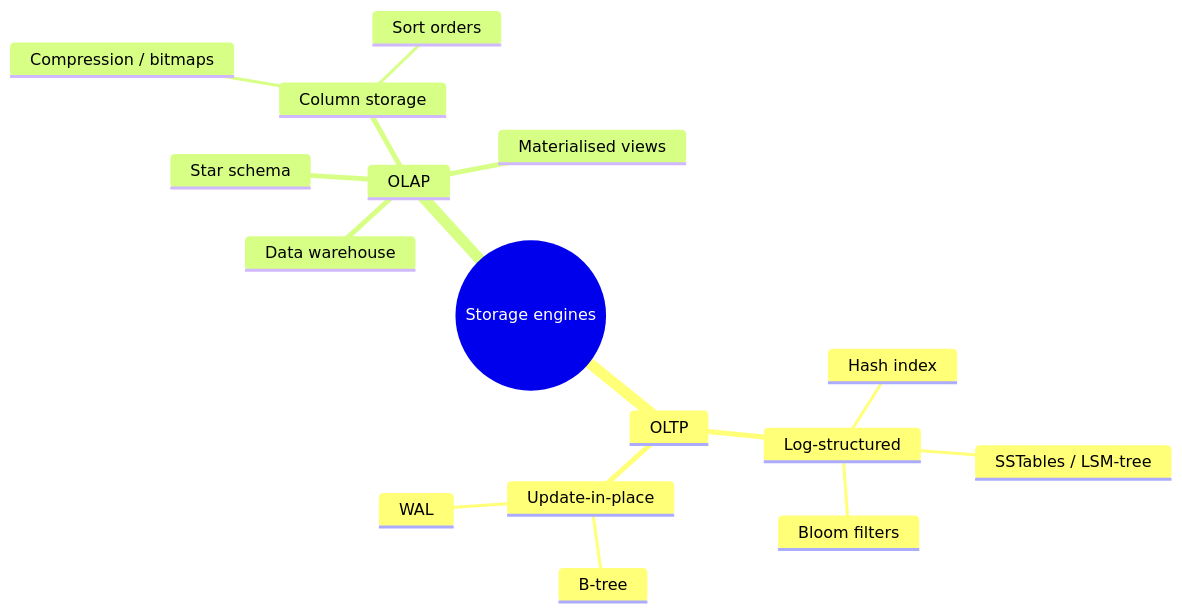
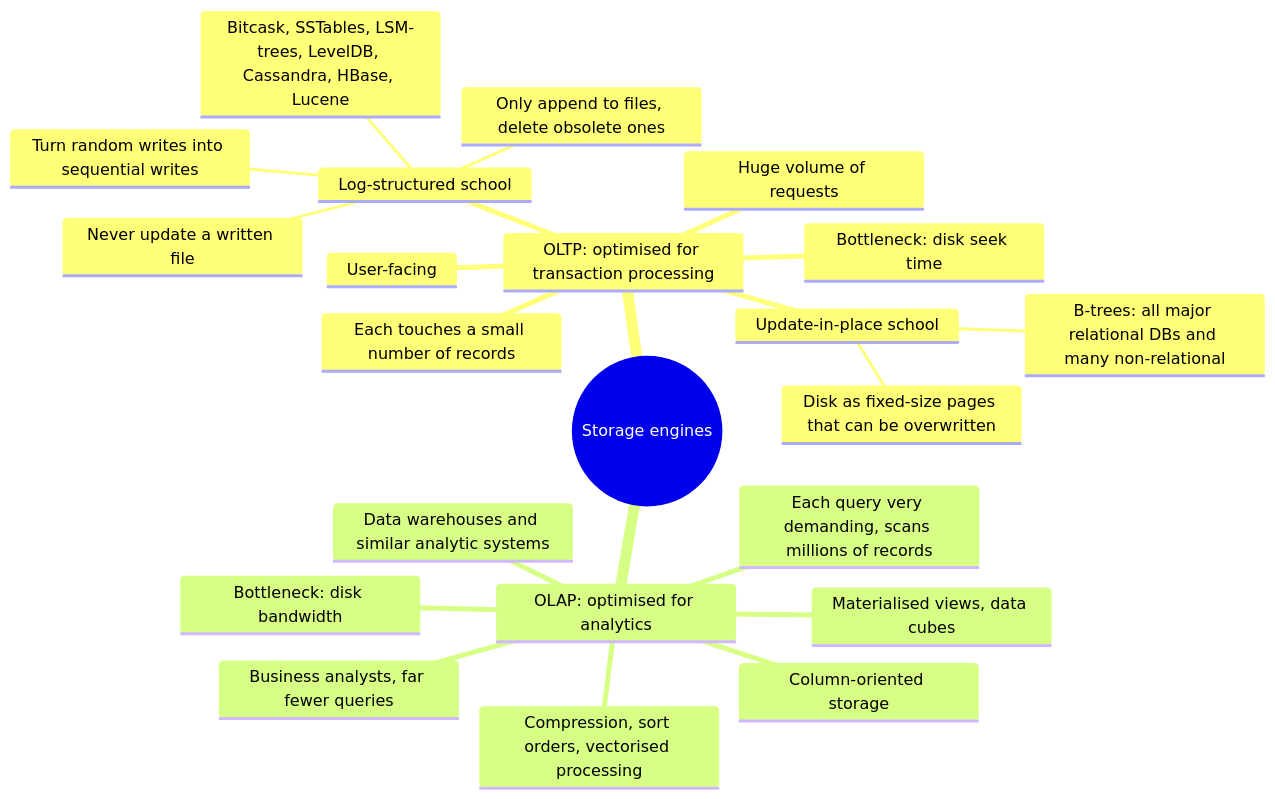
One commit to pratikguru998/ddia-book changed diagram 20 of 20 in docs/chapters/part-1/03-storage-retrieval.mdx. Above: the diagram before and after it, drawn with Mermaid. The commit also changed other lines of this file and 13 other files, not shown here.

Commit message:
Expand all 12 chapters: every book subsection, deeper notes, ~320 diagrams

````diff
--- a/docs/chapters/part-1/03-storage-retrieval.mdx
+++ b/docs/chapters/part-1/03-storage-retrieval.mdx
@@ -254,19 +845,25 @@
 ```mermaid
 mindmap
   root((Storage engines))
-    OLTP
-      Log-structured
-        Hash index
-        SSTables / LSM-tree
-        Bloom filters
-      Update-in-place
-        B-tree
-        WAL
-    OLAP
-      Data warehouse
-      Star schema
-      Column storage
-        Compression / bitmaps
-        Sort orders
-      Materialised views
+    OLTP: optimised for transaction processing
+      User-facing
+      Huge volume of requests
+      Each touches a small number of records
+      Bottleneck: disk seek time
+      Log-structured school
+        Only append to files, delete obsolete ones
+        Never update a written file
+        Bitcask, SSTables, LSM-trees, LevelDB, Cassandra, HBase, Lucene
+        Turn random writes into sequential writes
+      Update-in-place school
+        Disk as fixed-size pages that can be overwritten
+        B-trees: all major relational DBs and many non-relational
+    OLAP: optimised for analytics
+      Data warehouses and similar analytic systems
+      Business analysts, far fewer queries
+      Each query very demanding, scans millions of records
+      Bottleneck: disk bandwidth
+      Column-oriented storage
+      Compression, sort orders, vectorised processing
+      Materialised views, data cubes
 ```
````
